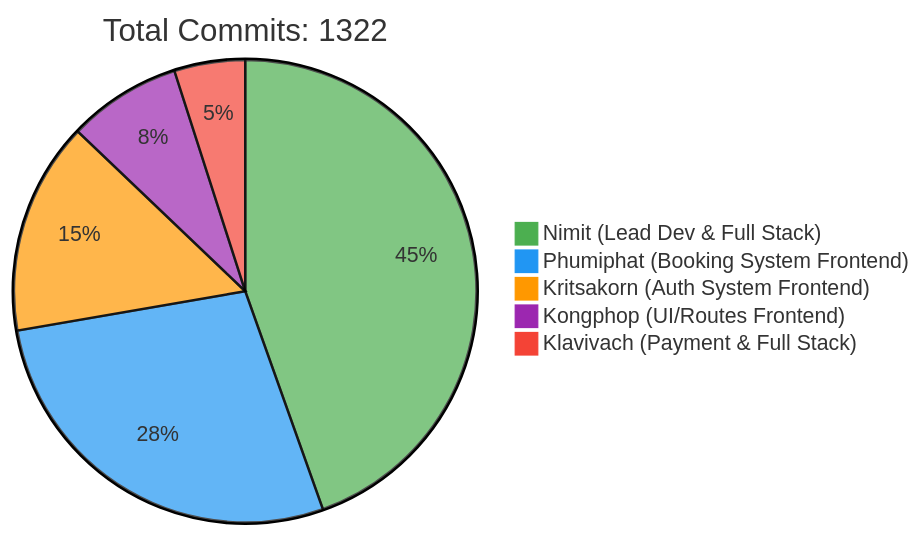
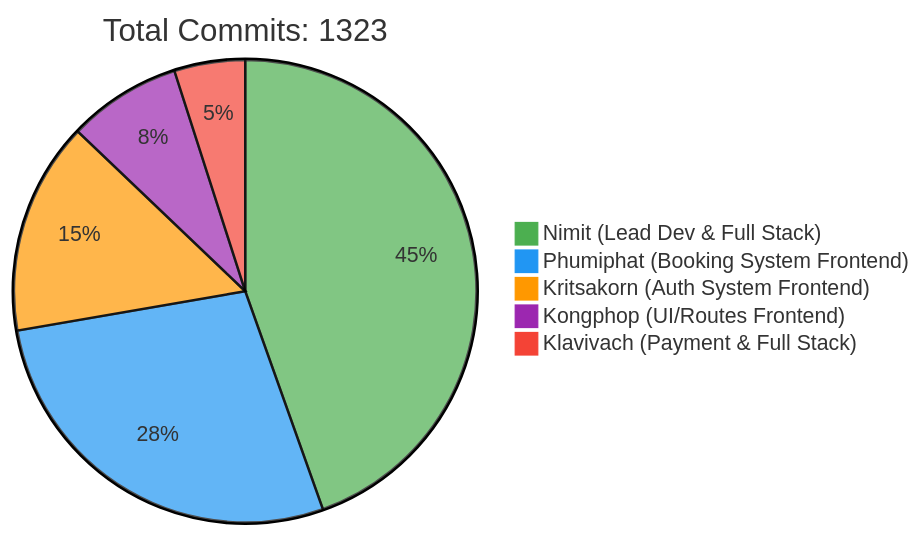
One commit to 6531503042/Sport-Complex changed the first of 2 diagrams in README.md. Above: the diagram before and after it, drawn with Mermaid. The commit also changed other lines of this file, not shown here.

Commit message:
docs: Update contributor statistics [skip ci]

````diff
--- a/README.md
+++ b/README.md
@@ -257,10 +257,10 @@
 ```mermaid
 %%{init: {'theme': 'base', 'themeVariables': { 'pie1': '#4CAF50', 'pie2': '#2196F3', 'pie3': '#FF9800', 'pie4': '#9C27B0', 'pie5': '#F44336'}}}%%
 pie
-    title Total Commits: 1322
+    title Total Commits: 1323
     "Nimit (Lead Dev & Full Stack)" : 450
     "Phumiphat (Booking System Frontend)" : 280
     "Kritsakorn (Auth System Frontend)" : 150
     "Kongphop (UI/Routes Frontend)" : 80
     "Klavivach (Payment & Full Stack)" : 50
 ```
````
